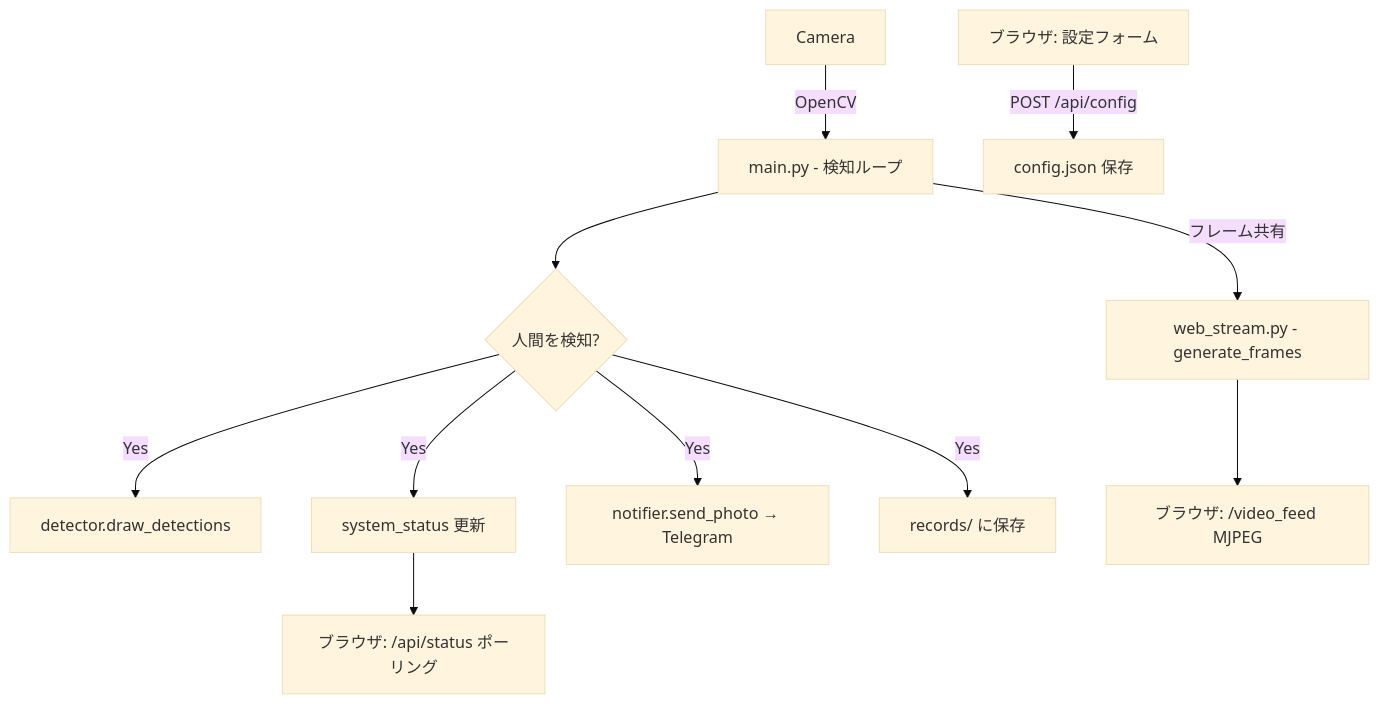
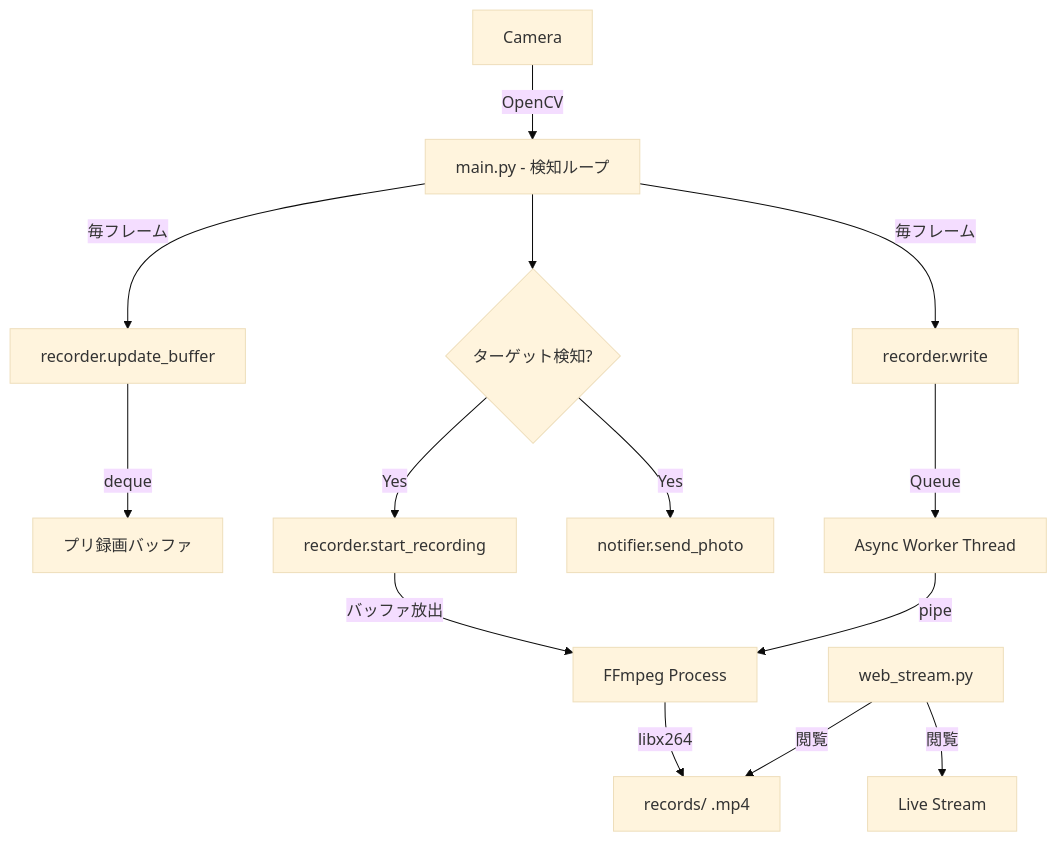
Before and after one commit to qpsk1234/Raspberrypi4-webcammonitor: the diagram in SPEC/design.md, drawn with Mermaid (base theme). The commit also changed other lines of this file and 1 other file, not shown here.

First line of the commit message:
feat: implement FFmpeg-based recording with pre-buffering, async writing, and media browser UI

````diff
--- a/SPEC/design.md
+++ b/SPEC/design.md
@@ -98,13 +100,16 @@
 ```mermaid
 graph TD
     A[Camera] -->|OpenCV| B[main.py - 検知ループ]
-    B -->|フレーム共有| C[web_stream.py - generate_frames]
-    B --> D{人間を検知?}
-    D -->|Yes| E[detector.draw_detections]
-    D -->|Yes| F[system_status 更新]
-    D -->|Yes| G[notifier.send_photo → Telegram]
-    D -->|Yes| H[records/ に保存]
-    C --> I[ブラウザ: /video_feed MJPEG]
-    F --> J[ブラウザ: /api/status ポーリング]
-    K[ブラウザ: 設定フォーム] -->|POST /api/config| L[config.json 保存]
+    B -->|毎フレーム| C[recorder.update_buffer]
+    C -->|deque| D[プリ録画バッファ]
+    B --> E{ターゲット検知?}
+    E -->|Yes| F[recorder.start_recording]
+    F -->|バッファ放出| G[FFmpeg Process]
+    E -->|Yes| H[notifier.send_photo]
+    B -->|毎フレーム| I[recorder.write]
+    I -->|Queue| J[Async Worker Thread]
+    J -->|pipe| G
+    G -->|libx264| K[records/ .mp4]
+    L[web_stream.py] -->|閲覧| K
+    L -->|閲覧| M[Live Stream]
 ```
````
